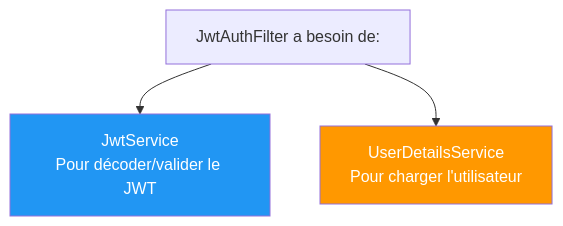
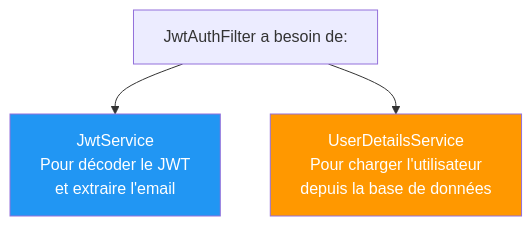
Before and after one commit to hrhouma1/inskillflow-docs-formation-spring-boot-projet-e-contact-backend: the fourth of 20 diagrams in cours/25-exercice-jwtauthfilter.md, drawn with Mermaid. The commit also changed other lines of this file, not shown here.

````diff
--- a/cours/25-exercice-jwtauthfilter.md
+++ b/cours/25-exercice-jwtauthfilter.md
@@ -179,9 +267,9 @@
 ```mermaid
 graph TB
     A["JwtAuthFilter a besoin de:"]
-    A --> B["JwtService<br/>Pour décoder/valider le JWT"]
-    A --> C["UserDetailsService<br/>Pour charger l'utilisateur"]
+    A --> B["JwtService<br/>Pour décoder le JWT<br/>et extraire l'email"]
+    A --> C["UserDetailsService<br/>Pour charger l'utilisateur<br/>depuis la base de données"]
     
     style B fill:#2196F3,color:#fff
     style C fill:#FF9800,color:#fff
 ```
````
